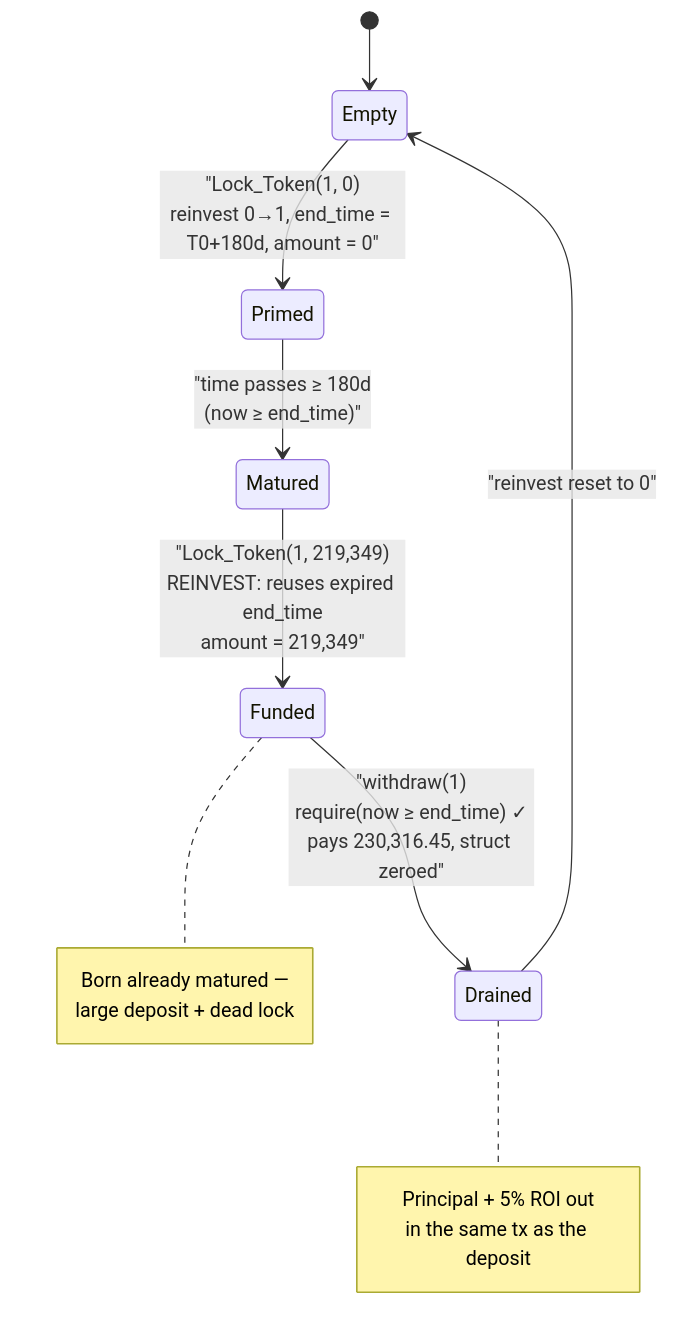
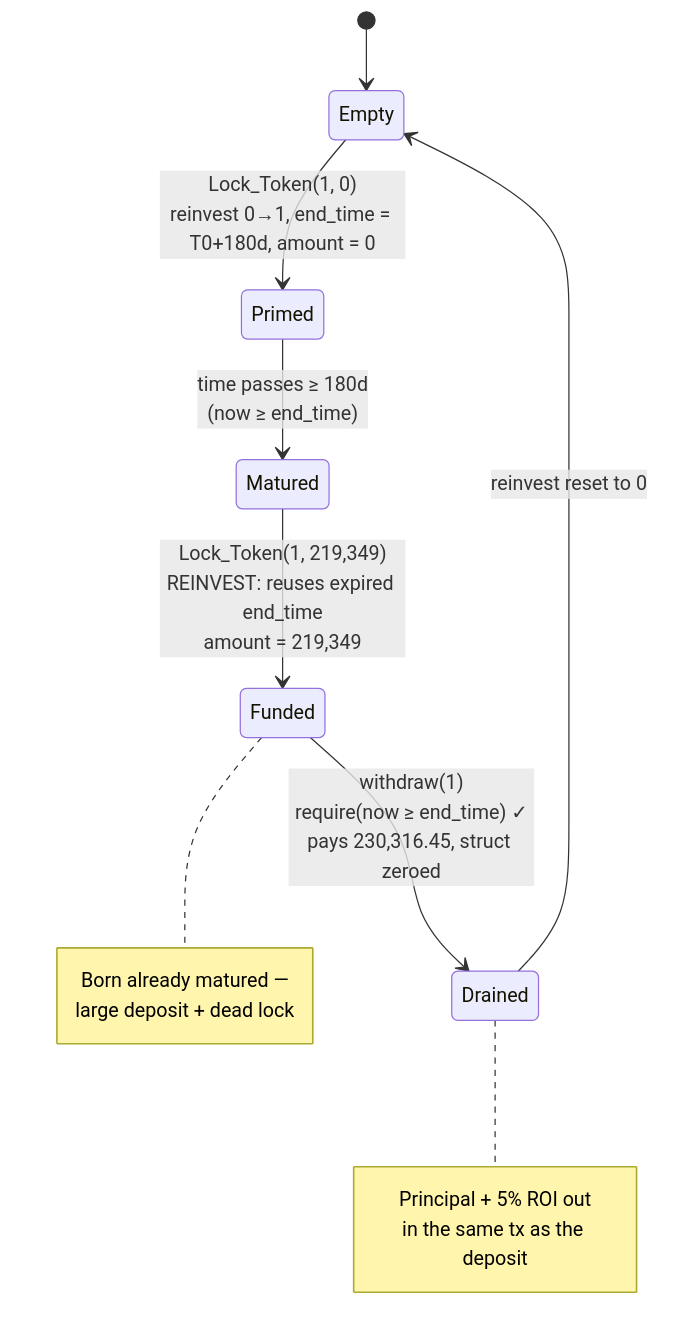
One commit to sanbir/evm-hack-registry changed the third of 3 diagrams in 2023-05-Bitpaidio_exp/Bitpaidio_exp.md. Above: the diagram before and after it, drawn with Mermaid. The commit also changed 280 other files, not shown here.

Commit message:
mermaid fixes

````diff
--- a/2023-05-Bitpaidio_exp/Bitpaidio_exp.md
+++ b/2023-05-Bitpaidio_exp/Bitpaidio_exp.md
@@ -297,18 +297,18 @@
 ```mermaid
 stateDiagram-v2
     [*] --> Empty
-    Empty --> Primed : "Lock_Token(1, 0)<br/>reinvest 0→1, end_time = T0+180d, amount = 0"
-    Primed --> Matured : "time passes ≥ 180d<br/>(now ≥ end_time)"
-    Matured --> Funded : "Lock_Token(1, 219,349)<br/>REINVEST: reuses expired end_time<br/>amount = 219,349"
-    Funded --> Drained : "withdraw(1)<br/>require(now ≥ end_time) ✓<br/>pays 230,316.45, struct zeroed"
-    Drained --> Empty : "reinvest reset to 0"
+    Empty --> Primed : Lock_Token(1, 0)<br/>reinvest 0→1, end_time = T0+180d, amount = 0
+    Primed --> Matured : time passes ≥ 180d<br/>(now ≥ end_time)
+    Matured --> Funded : Lock_Token(1, 219,349)<br/>REINVEST#58; reuses expired end_time<br/>amount = 219,349
+    Funded --> Drained : withdraw(1)<br/>require(now ≥ end_time) ✓<br/>pays 230,316.45, struct zeroed
+    Drained --> Empty : reinvest reset to 0
 
     note right of Funded
         Born already matured —
         large deposit + dead lock
     end note
     note right of Drained
         Principal + 5% ROI out
         in the same tx as the deposit
     end note
 ```
````
